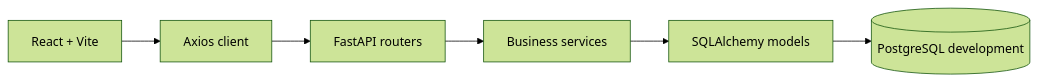
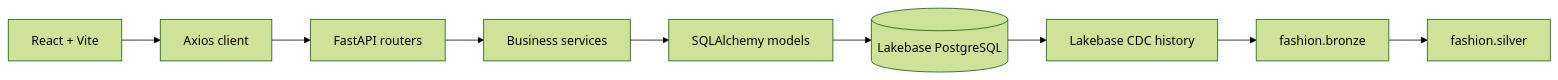
One commit to mewmewancut/DALN changed the diagram in docs/ARCHITECTURE.md. Above: the diagram before and after it, drawn with Mermaid (forest theme). The commit also changed other lines of this file and 19 other files, not shown here.

Commit message:
chuẩn hóa bronze và silver

````diff
--- a/docs/ARCHITECTURE.md
+++ b/docs/ARCHITECTURE.md
@@ -8,8 +8,11 @@
 ```mermaid
 flowchart LR
     Browser[React + Vite] --> Client[Axios client]
     Client --> API[FastAPI routers]
     API --> Services[Business services]
     Services --> Models[SQLAlchemy models]
-    Models --> DB[(PostgreSQL development)]
+    Models --> DB[(Lakebase PostgreSQL)]
+    DB --> CDC[Lakebase CDC history]
+    CDC --> Bronze[fashion.bronze]
+    Bronze --> Silver[fashion.silver]
 ```
````
